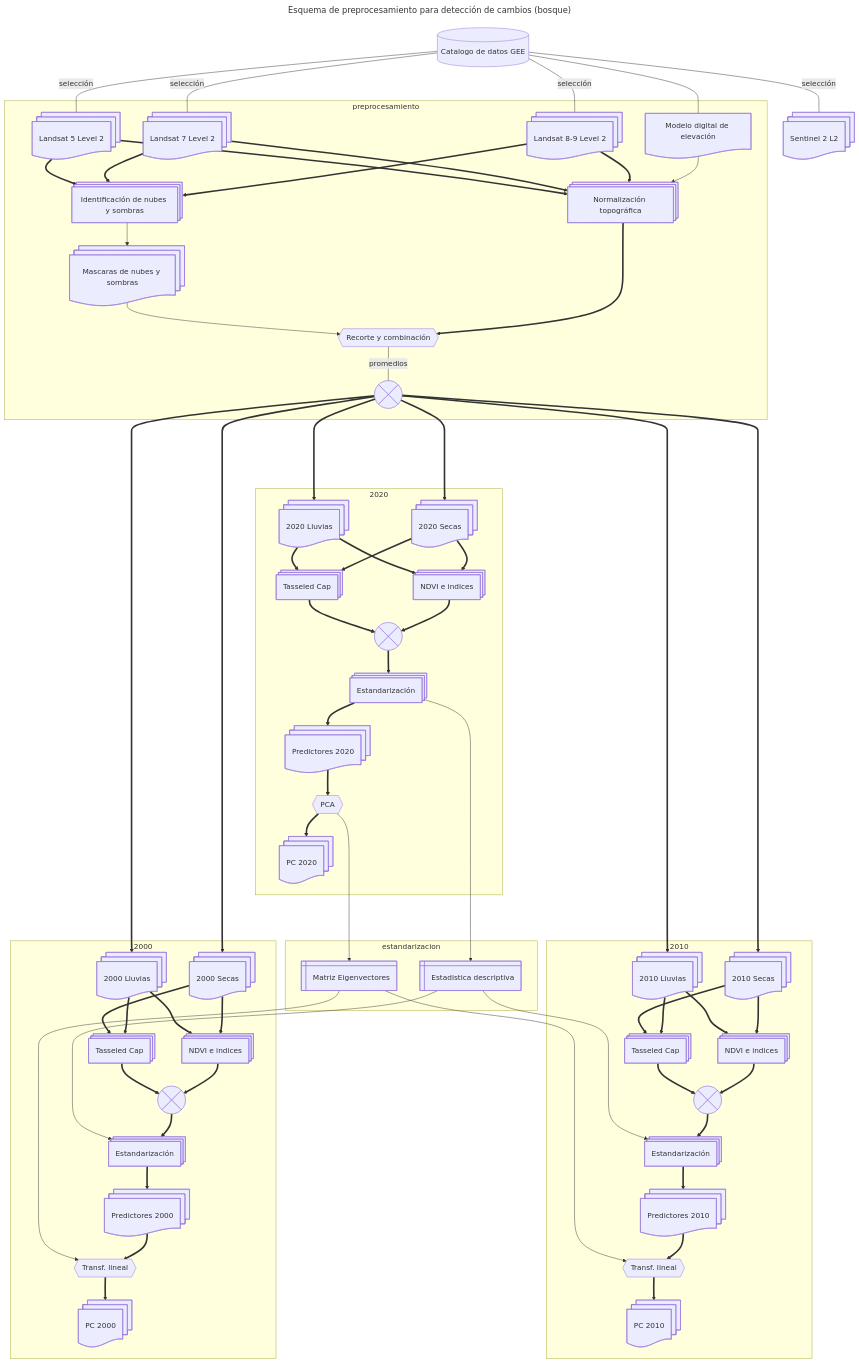
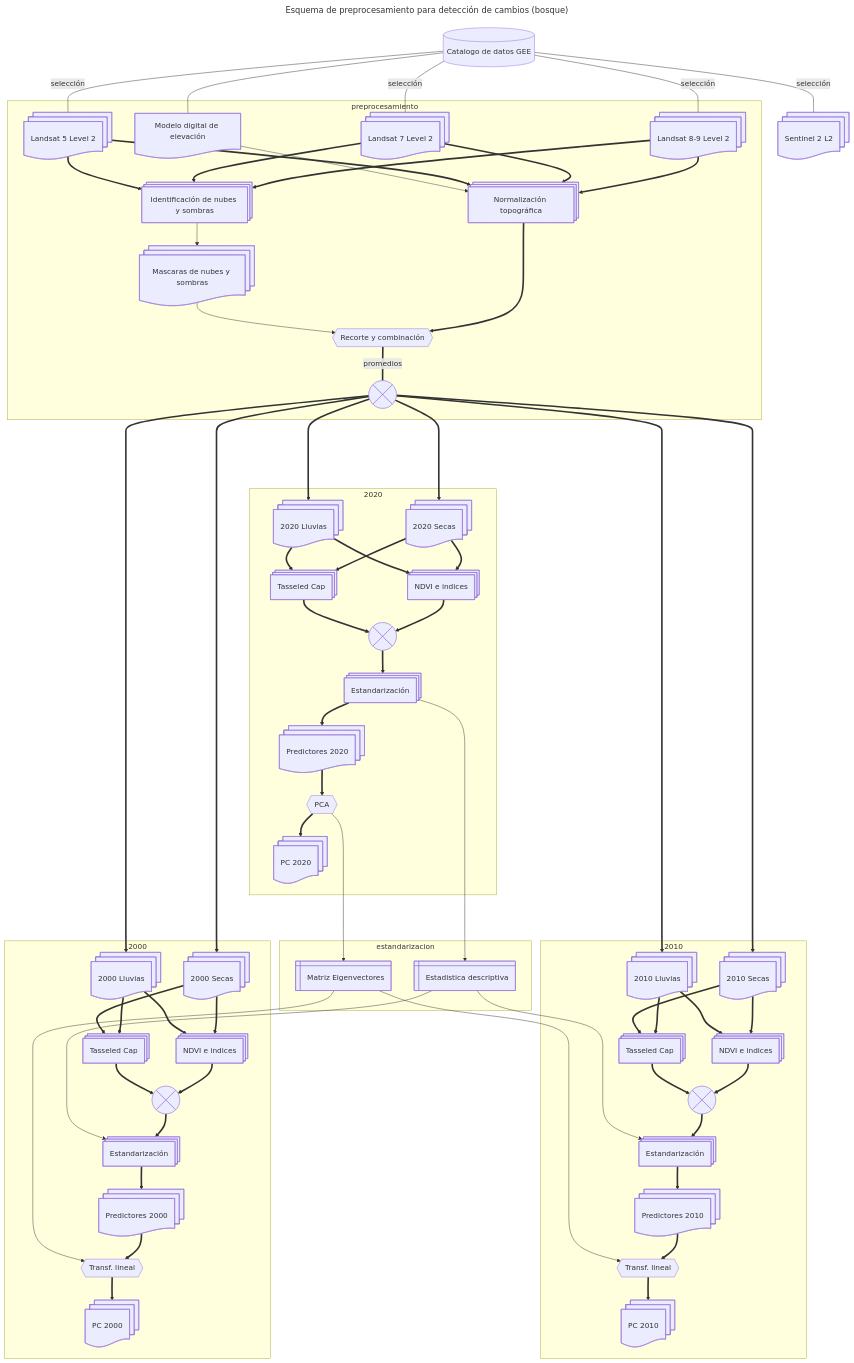
One commit to vshalisko/GEE changed the diagram in ANPs/Esquema_preprocesamiento.mermaid. Above: the diagram before and after it, drawn with Mermaid.

```diff
--- a/ANPs/Esquema_preprocesamiento.mermaid
+++ b/ANPs/Esquema_preprocesamiento.mermaid
@@ -1,132 +1,131 @@
 ---
 title: Esquema de preprocesamiento para detección de cambios (bosque)
 ---
 flowchart TD
     gee1[(Catalogo de datos GEE)]
     Landsat8@{ shape: docs, label: Landsat 8-9 Level 2}
     Landsat7@{ shape: docs, label: Landsat 7 Level 2}
     Landsat5@{ shape: docs, label: Landsat 5 Level 2}
     Sentinel2@{ shape: docs, label: Sentinel 2 L2}
     MDE@{ shape: doc, label: Modelo digital de elevación}
     
     INS@{ shape: procs, label: "Identificación de nubes y sombras"}
     MNS@{ shape: docs, label: "Mascaras de nubes y sombras"}
     NT@{ shape: procs, label: "Normalización topográfica"}
     Combinacion1@{ shape: hex, label: "Recorte y combinación" }
     Combinacion2@{ shape: cross-circ, label: "Promedios de bandas" }
 
     BSecas2000@{ shape: docs, label: 2000 Secas}
     BLluvias2000@{ shape: docs, label: 2000 Lluvias}
     BSecas2010@{ shape: docs, label: 2010 Secas}
     BLluvias2010@{ shape: docs, label: 2010 Lluvias}
     BSecas2020@{ shape: docs, label: 2020 Secas}
     BLluvias2020@{ shape: docs, label: 2020 Lluvias}
 
     IndVeg2000@{ shape: procs, label: "NDVI e indices"}
     IndVeg2010@{ shape: procs, label: "NDVI e indices"}
     IndVeg2020@{ shape: procs, label: "NDVI e indices"}
     Tass2000@{ shape: procs, label: "Tasseled Cap"}
     Tass2010@{ shape: procs, label: "Tasseled Cap"}
     Tass2020@{ shape: procs, label: "Tasseled Cap"}
 
     Comb2000@{ shape: cross-circ, label: "Combinación" }
     Comb2010@{ shape: cross-circ, label: "Combinación" }
     Comb2020@{ shape: cross-circ, label: "Combinación" }
 
     Est2000@{ shape: procs, label: "Estandarización"}
     Est2010@{ shape: procs, label: "Estandarización"}
     Est2020@{ shape: procs, label: "Estandarización"}
 
     Capas2000@{ shape: docs, label: "Predictores 2000"}
     Capas2010@{ shape: docs, label: "Predictores 2010"}
     Capas2020@{ shape: docs, label: "Predictores 2020"}
 
     PCA2020@{ shape: hex, label: "PCA"}
     TL2000@{ shape: hex, label: "Transf. lineal"}
     TL2010@{ shape: hex, label: "Transf. lineal"}
 
     CapasPCA2000@{ shape: docs, label: "PC 2000"}
     CapasPCA2010@{ shape: docs, label: "PC 2010"}
     CapasPCA2020@{ shape: docs, label: "PC 2020"}
 
     Estadisticas@{ shape: win-pane, label: "Estadistica descriptiva" }
     Eigenvectors@{ shape: win-pane, label: "Matriz Eigenvectores" }
 
     gee1---|selección|Landsat8
     gee1---|selección|Landsat7
     gee1---|selección|Landsat5
     gee1---|selección|Sentinel2
     gee1---MDE
 
     subgraph preprocesamiento
         Landsat8==>INS
         Landsat7==>INS
         Landsat5==>INS
-
-        MDE-->NT
         Landsat8==>NT
         Landsat7==>NT
         Landsat5==>NT
+        NT==>Combinacion1
 
+        MDE-->NT
         INS-->MNS
-        NT==>Combinacion1
         MNS-->Combinacion1
-        Combinacion1---|promedios|Combinacion2
+        Combinacion1===|promedios|Combinacion2
         
     end
 
     Combinacion2====>BSecas2000
     Combinacion2====>BLluvias2000
     Combinacion2====>BSecas2010
     Combinacion2====>BLluvias2010
     Combinacion2====>BSecas2020
     Combinacion2====>BLluvias2020
 
     subgraph 2000
         BSecas2000==>IndVeg2000
         BLluvias2000==>Tass2000
         BLluvias2000==>IndVeg2000
         BSecas2000==>Tass2000
         IndVeg2000==>Comb2000
         Tass2000==>Comb2000
         Comb2000==>Est2000
         Est2000==>Capas2000
         Capas2000==>TL2000
         TL2000==>CapasPCA2000
     end
 
     subgraph 2010
         BSecas2010==>IndVeg2010
         BLluvias2010==>Tass2010
         BLluvias2010==>IndVeg2010
         BSecas2010==>Tass2010
         IndVeg2010==>Comb2010
         Tass2010==>Comb2010
         Comb2010==>Est2010
         Est2010==>Capas2010
         Capas2010==>TL2010
         TL2010==>CapasPCA2010
     end
 
     subgraph 2020
         BSecas2020==>IndVeg2020
         BSecas2020==>Tass2020
         BLluvias2020==>IndVeg2020
         BLluvias2020==>Tass2020
         IndVeg2020==>Comb2020
         Tass2020==>Comb2020
         Comb2020==>Est2020
         Est2020==>Capas2020
         Capas2020==>PCA2020
         PCA2020==>CapasPCA2020
     end
 
     subgraph estandarizacion
         Est2020---->Estadisticas
         Estadisticas---->Est2000
         Estadisticas---->Est2010
 
         PCA2020---->Eigenvectors
         Eigenvectors---->TL2000
         Eigenvectors---->TL2010
     end
```
